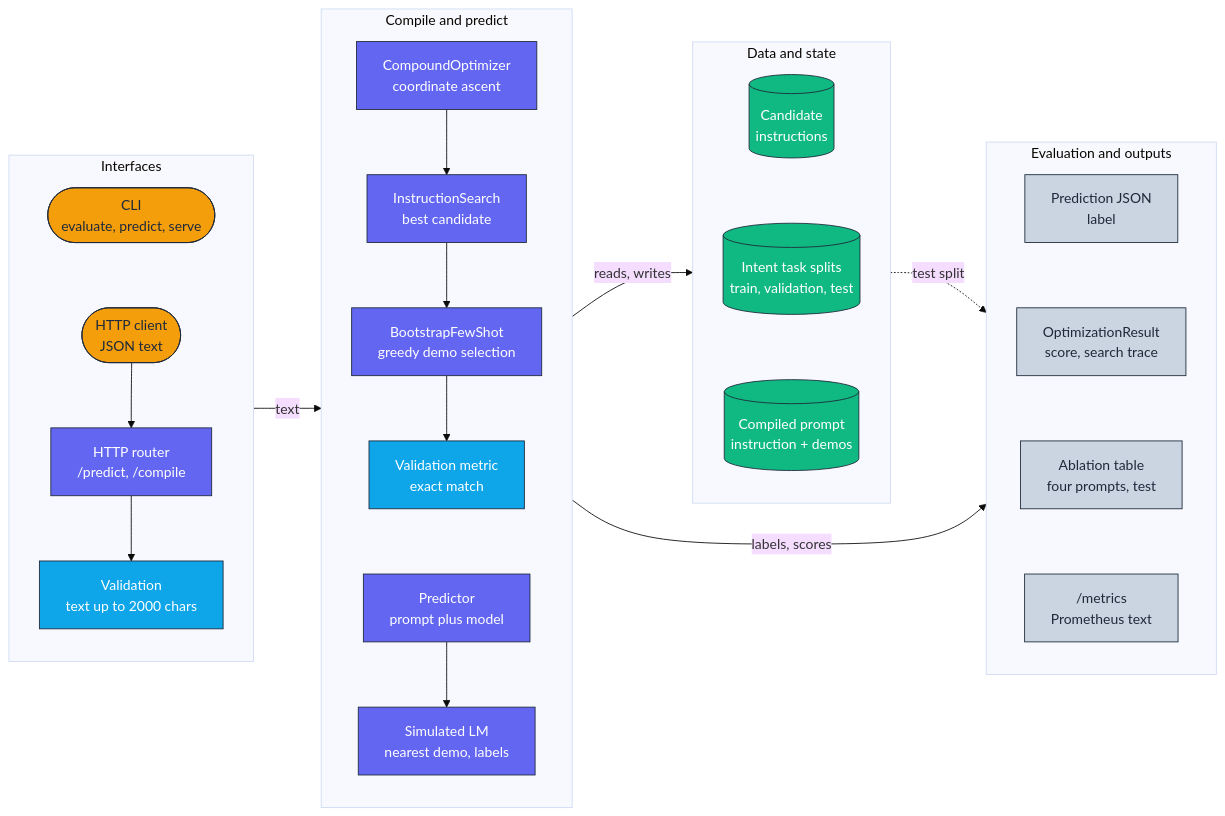
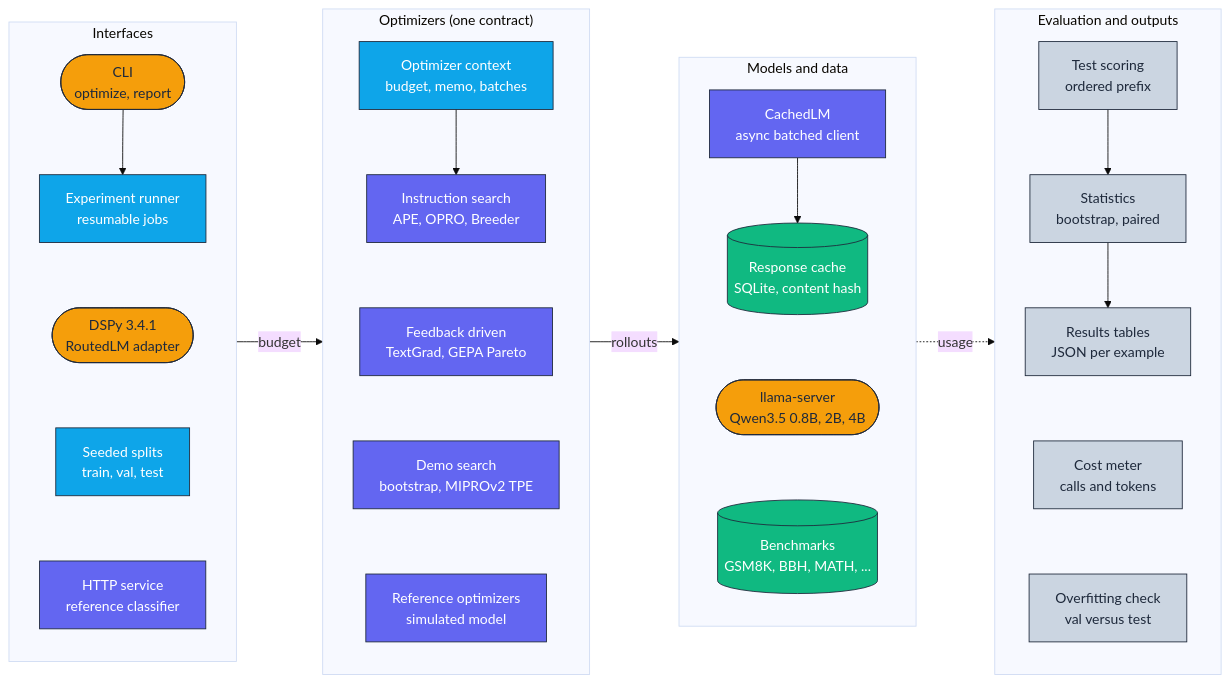
The diagram in docs/architecture/architecture.mmd (adeoluo/prompt-optimizer), drawn with Mermaid (base theme) before and after one commit. The commit also changed 13 other files, not shown here.

Commit message:
feat: DSPy 3.4.1 head-to-head harness, design records and architecture diagram (#11)

```diff
--- a/docs/architecture/architecture.mmd
+++ b/docs/architecture/architecture.mmd
@@ -1,48 +1,49 @@
 flowchart LR
     classDef edge     fill:#F59E0B,stroke:#1E293B,color:#1E293B,stroke-width:1px;
     classDef core     fill:#6366F1,stroke:#1E293B,color:#ffffff,stroke-width:1px;
     classDef data     fill:#10B981,stroke:#1E293B,color:#ffffff,stroke-width:1px;
     classDef control  fill:#0EA5E9,stroke:#1E293B,color:#ffffff,stroke-width:1px;
     classDef obs      fill:#CBD5E1,stroke:#1E293B,color:#1E293B,stroke-width:1px;
 
     subgraph Interfaces["Interfaces"]
         direction TB
-        Cli(["CLI<br/>evaluate, predict, serve"]):::edge
-        Client(["HTTP client<br/>JSON text"]):::edge
-        Router["HTTP router<br/>/predict, /compile"]:::core
-        Validate["Validation<br/>text up to 2000 chars"]:::control
-        Cli ~~~ Client --> Router --> Validate
+        Cli(["CLI<br/>optimize, report"]):::edge
+        Runner["Experiment runner<br/>resumable jobs"]:::control
+        Dspy(["DSPy 3.4.1<br/>RoutedLM adapter"]):::edge
+        Splits["Seeded splits<br/>train, val, test"]:::control
+        Service["HTTP service<br/>reference classifier"]:::core
+        Cli --> Runner ~~~ Dspy ~~~ Splits ~~~ Service
     end
 
-    subgraph Core["Compile and predict"]
+    subgraph Core["Optimizers (one contract)"]
         direction TB
-        Compound["CompoundOptimizer<br/>coordinate ascent"]:::core
-        Instr["InstructionSearch<br/>best candidate"]:::core
-        FewShot["BootstrapFewShot<br/>greedy demo selection"]:::core
-        Metric["Validation metric<br/>exact match"]:::control
-        Predictor["Predictor<br/>prompt plus model"]:::core
-        Lm["Simulated LM<br/>nearest demo, labels"]:::core
-        Compound --> Instr --> FewShot --> Metric ~~~ Predictor --> Lm
+        Contract["Optimizer context<br/>budget, memo, batches"]:::control
+        Search["Instruction search<br/>APE, OPRO, Breeder"]:::core
+        Feedback["Feedback driven<br/>TextGrad, GEPA Pareto"]:::core
+        Demos["Demo search<br/>bootstrap, MIPROv2 TPE"]:::core
+        Reference["Reference optimizers<br/>simulated model"]:::core
+        Contract --> Search ~~~ Feedback ~~~ Demos ~~~ Reference
     end
 
-    subgraph State["Data and state"]
+    subgraph Models["Models and data"]
         direction TB
-        Cands[("Candidate<br/>instructions")]:::data
-        Splits[("Intent task splits<br/>train, validation, test")]:::data
-        Prompt[("Compiled prompt<br/>instruction + demos")]:::data
-        Cands ~~~ Splits ~~~ Prompt
+        Client["CachedLM<br/>async batched client"]:::core
+        Cache[("Response cache<br/>SQLite, content hash")]:::data
+        Server(["llama-server<br/>Qwen3.5 0.8B, 2B, 4B"]):::edge
+        Bench[("Benchmarks<br/>GSM8K, BBH, MATH, ...")]:::data
+        Client --> Cache ~~~ Server ~~~ Bench
     end
 
     subgraph Obs["Evaluation and outputs"]
         direction TB
-        Prediction["Prediction JSON<br/>label"]:::obs
-        Trace["OptimizationResult<br/>score, search trace"]:::obs
-        Ablation["Ablation table<br/>four prompts, test"]:::obs
-        Metrics["/metrics<br/>Prometheus text"]:::obs
-        Prediction ~~~ Trace ~~~ Ablation ~~~ Metrics
+        Test["Test scoring<br/>ordered prefix"]:::obs
+        Meter["Cost meter<br/>calls and tokens"]:::obs
+        Stats["Statistics<br/>bootstrap, paired"]:::obs
+        Report["Results tables<br/>JSON per example"]:::obs
+        Overfit["Overfitting check<br/>val versus test"]:::obs
+        Test --> Stats --> Report ~~~ Meter ~~~ Overfit
     end
 
-    Interfaces -->|text| Core
-    Core -->|reads, writes| State
-    State -.->|test split| Obs
-    Core -->|labels, scores| Obs
+    Interfaces -->|budget| Core
+    Core -->|rollouts| Models
+    Models -.->|usage| Obs
```
